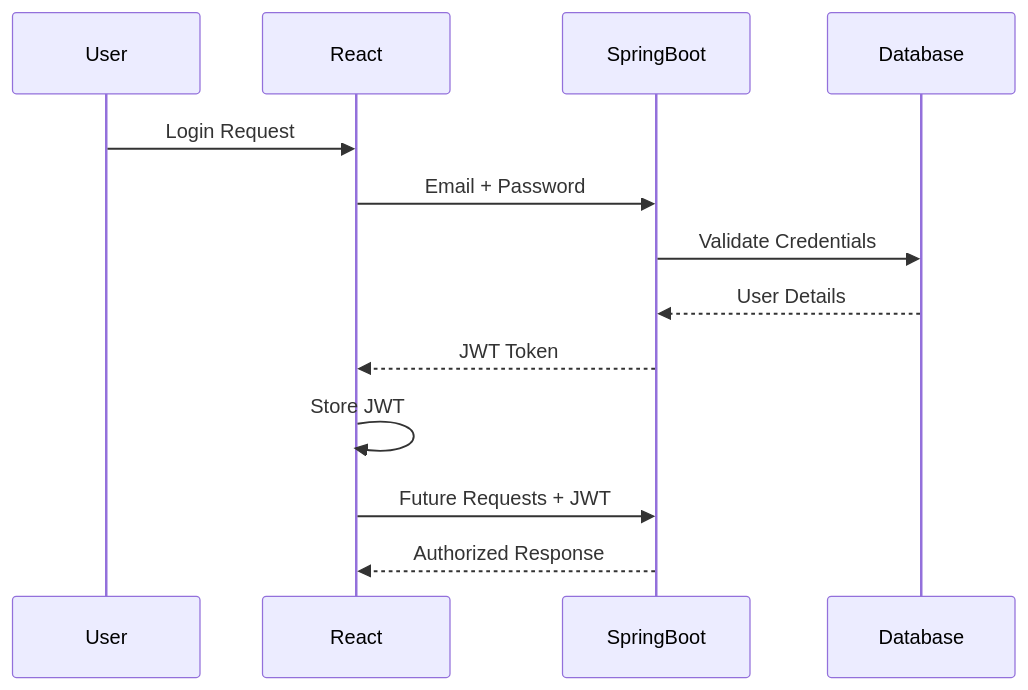
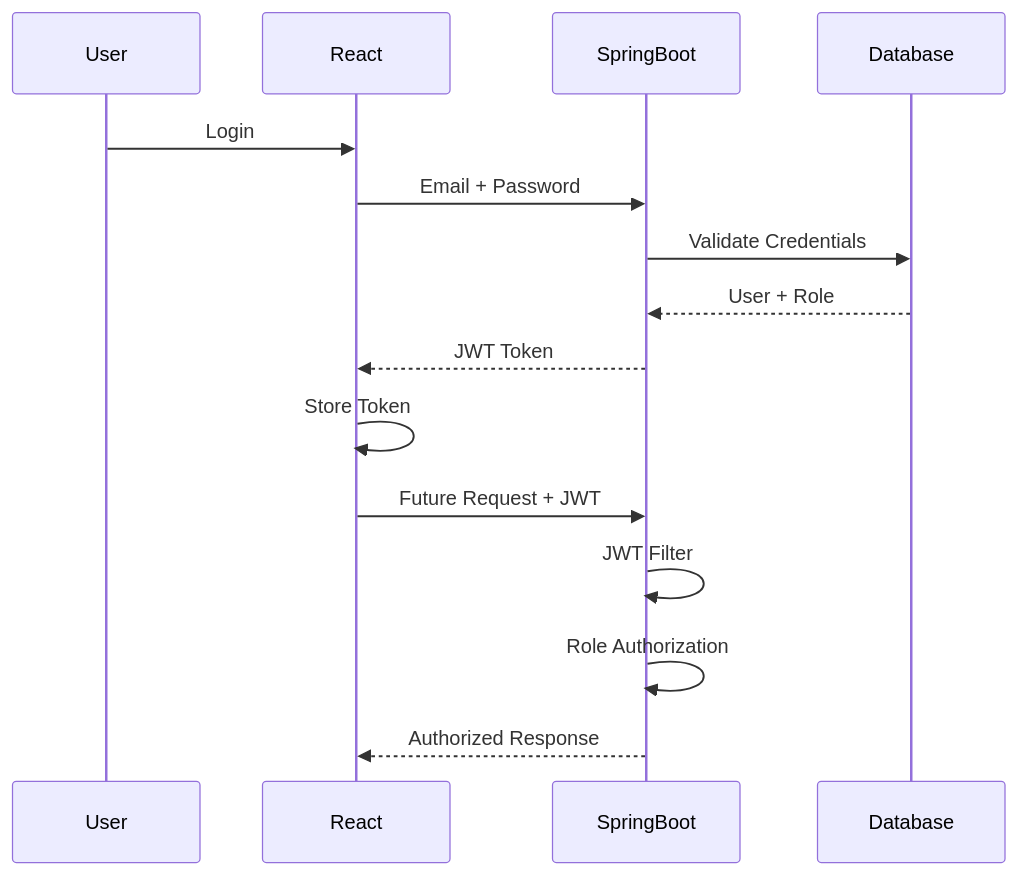
Before and after one commit to PraveenReddy-06/KlInnovationHub: the fourth of 6 diagrams in README.md, drawn with Mermaid. The commit also changed other lines of this file, not shown here.

````diff
--- a/README.md
+++ b/README.md
@@ -520,24 +812,27 @@
 ```mermaid
 sequenceDiagram
 
 participant User
 participant React
 participant SpringBoot
 participant Database
 
-User->>React: Login Request
-
+User->>React: Login
 React->>SpringBoot: Email + Password
 
 SpringBoot->>Database: Validate Credentials
 
-Database-->>SpringBoot: User Details
+Database-->>SpringBoot: User + Role
 
 SpringBoot-->>React: JWT Token
 
-React->>React: Store JWT
+React->>React: Store Token
 
-React->>SpringBoot: Future Requests + JWT
+React->>SpringBoot: Future Request + JWT
+
+SpringBoot->>SpringBoot: JWT Filter
+
+SpringBoot->>SpringBoot: Role Authorization
 
 SpringBoot-->>React: Authorized Response
 ```
````
